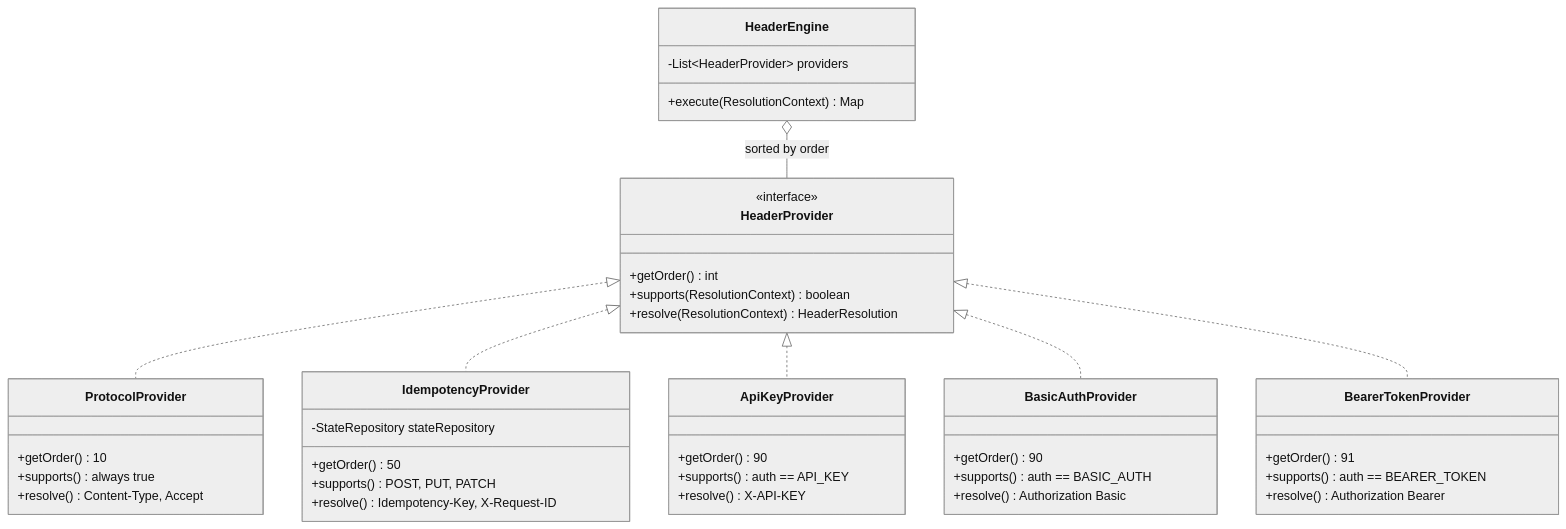
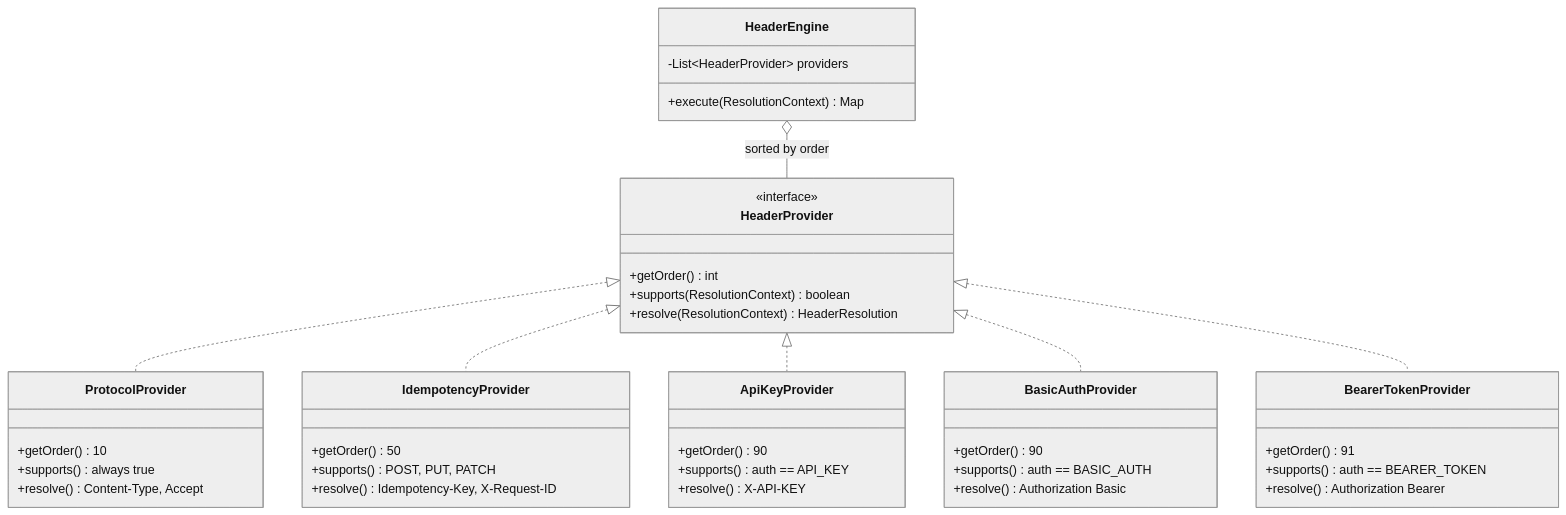
Before and after one commit to Pskuntal1248/http-client-INTEND: the third of 6 diagrams in docs/LLD.md, drawn with Mermaid (neutral theme). The commit also changed other lines of this file and 4 other files, not shown here.

````diff
--- a/docs/LLD.md
+++ b/docs/LLD.md
@@ -847,52 +796,51 @@
 ```mermaid
 classDiagram
     class HeaderProvider {
         <<interface>>
         +getOrder() int
         +supports(ResolutionContext) boolean
         +resolve(ResolutionContext) HeaderResolution
     }
 
     class ProtocolProvider {
         +getOrder() 10
         +supports() always true
         +resolve() Content-Type, Accept
     }
 
     class IdempotencyProvider {
-        -StateRepository stateRepository
         +getOrder() 50
         +supports() POST, PUT, PATCH
         +resolve() Idempotency-Key, X-Request-ID
     }
 
     class ApiKeyProvider {
         +getOrder() 90
         +supports() auth == API_KEY
         +resolve() X-API-KEY
     }
 
     class BasicAuthProvider {
         +getOrder() 90
         +supports() auth == BASIC_AUTH
         +resolve() Authorization Basic
     }
 
     class BearerTokenProvider {
         +getOrder() 91
         +supports() auth == BEARER_TOKEN
         +resolve() Authorization Bearer
     }
 
     class HeaderEngine {
         -List~HeaderProvider~ providers
         +execute(ResolutionContext) Map
     }
 
     HeaderProvider <|.. ProtocolProvider
     HeaderProvider <|.. IdempotencyProvider
     HeaderProvider <|.. ApiKeyProvider
     HeaderProvider <|.. BasicAuthProvider
     HeaderProvider <|.. BearerTokenProvider
     HeaderEngine o-- HeaderProvider : sorted by order
 ```
````
